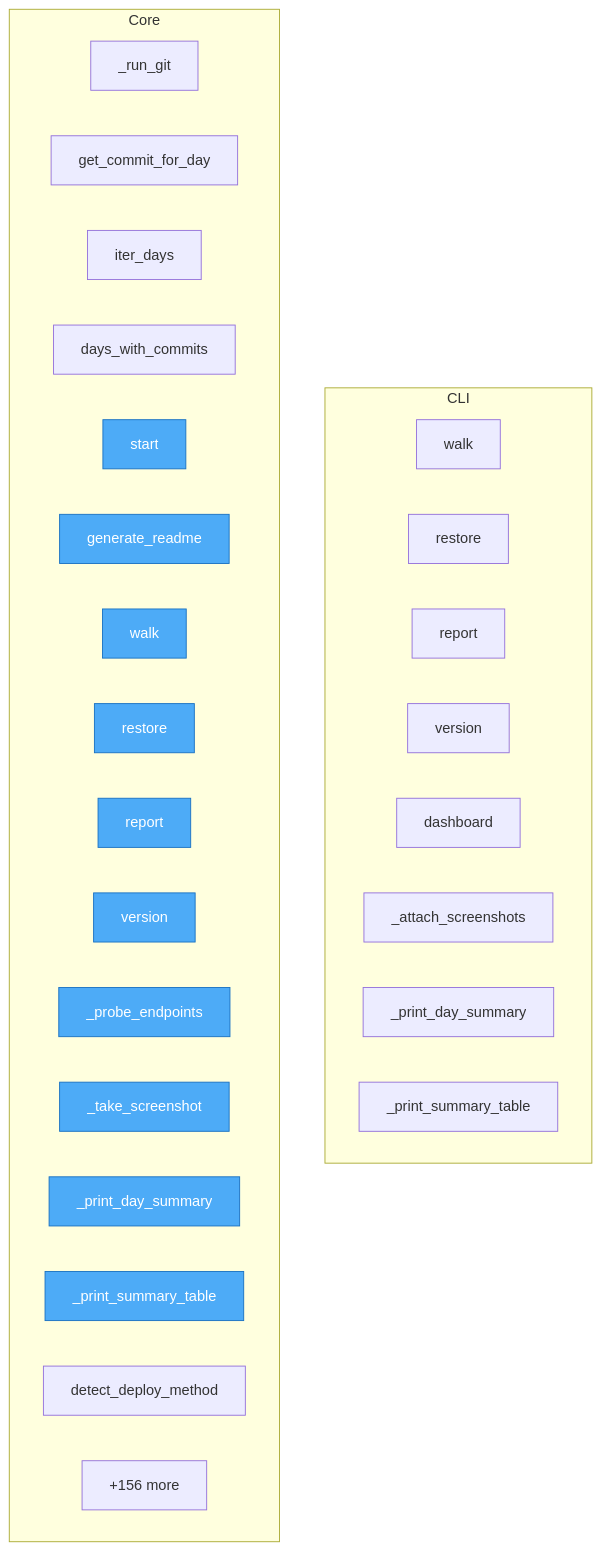
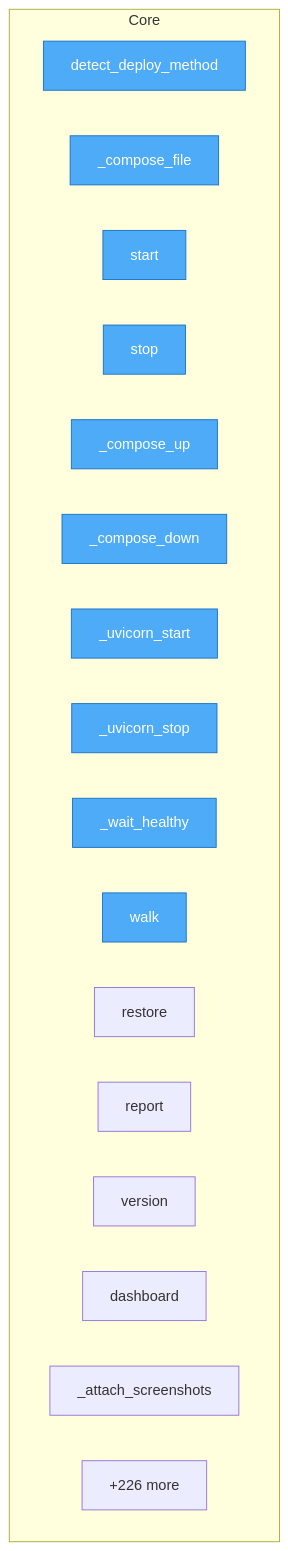
Before and after one commit to semcod/resplit: the diagram in project/flow.mmd, drawn with Mermaid. The commit also changed 42 other files, not shown here.

```diff
--- a/project/flow.mmd
+++ b/project/flow.mmd
@@ -1,36 +1,25 @@
 flowchart TD
 
     %% Entry points (blue)
     classDef entry fill:#4dabf7,stroke:#1971c2,color:#fff
 
-    subgraph CLI
-        resplit__cli__walk["walk"]
-        resplit__cli__restore["restore"]
-        resplit__cli__report["report"]
-        resplit__cli__version["version"]
-        resplit__cli__dashboard["dashboard"]
-        resplit__cli___attach_screenshots["_attach_screenshots"]
-        resplit__cli___print_day_summary["_print_day_summary"]
-        resplit__cli___print_summary_table["_print_summary_table"]
+    subgraph Core
+        SUMR__detect_deploy_method["detect_deploy_method"]
+        SUMR___compose_file["_compose_file"]
+        SUMR__start["start"]
+        SUMR__stop["stop"]
+        SUMR___compose_up["_compose_up"]
+        SUMR___compose_down["_compose_down"]
+        SUMR___uvicorn_start["_uvicorn_start"]
+        SUMR___uvicorn_stop["_uvicorn_stop"]
+        SUMR___wait_healthy["_wait_healthy"]
+        SUMR__walk["walk"]
+        SUMR__restore["restore"]
+        SUMR__report["report"]
+        SUMR__version["version"]
+        SUMR__dashboard["dashboard"]
+        SUMR___attach_screenshots["_attach_screenshots"]
+        ...["+226 more"]
     end
 
-    subgraph Core
-        resplit__git_walker___run_git["_run_git"]
-        resplit__git_walker__get_commit_for_day["get_commit_for_day"]
-        resplit__git_walker__iter_days["iter_days"]
-        resplit__git_walker__days_with_commits["days_with_commits"]
-        resplit__deployer__start["start"]
-        docs__README__generate_readme["generate_readme"]
-        project__map__toon__walk["walk"]
-        project__map__toon__restore["restore"]
-        project__map__toon__report["report"]
-        project__map__toon__version["version"]
-        project__map__toon___probe_endpoints["_probe_endpoints"]
-        project__map__toon___take_screenshot["_take_screenshot"]
-        project__map__toon___print_day_summary["_print_day_summary"]
-        project__map__toon___print_summary_table["_print_summary_table"]
-        project__map__toon__detect_deploy_method["detect_deploy_method"]
-        ...["+156 more"]
-    end
-
-    class resplit__deployer__start,docs__README__generate_readme,project__map__toon__walk,project__map__toon__restore,project__map__toon__report,project__map__toon__version,project__map__toon___probe_endpoints,project__map__toon___take_screenshot,project__map__toon___print_day_summary,project__map__toon___print_summary_table entry
+    class SUMR__detect_deploy_method,SUMR___compose_file,SUMR__start,SUMR__stop,SUMR___compose_up,SUMR___compose_down,SUMR___uvicorn_start,SUMR___uvicorn_stop,SUMR___wait_healthy,SUMR__walk entry
```
